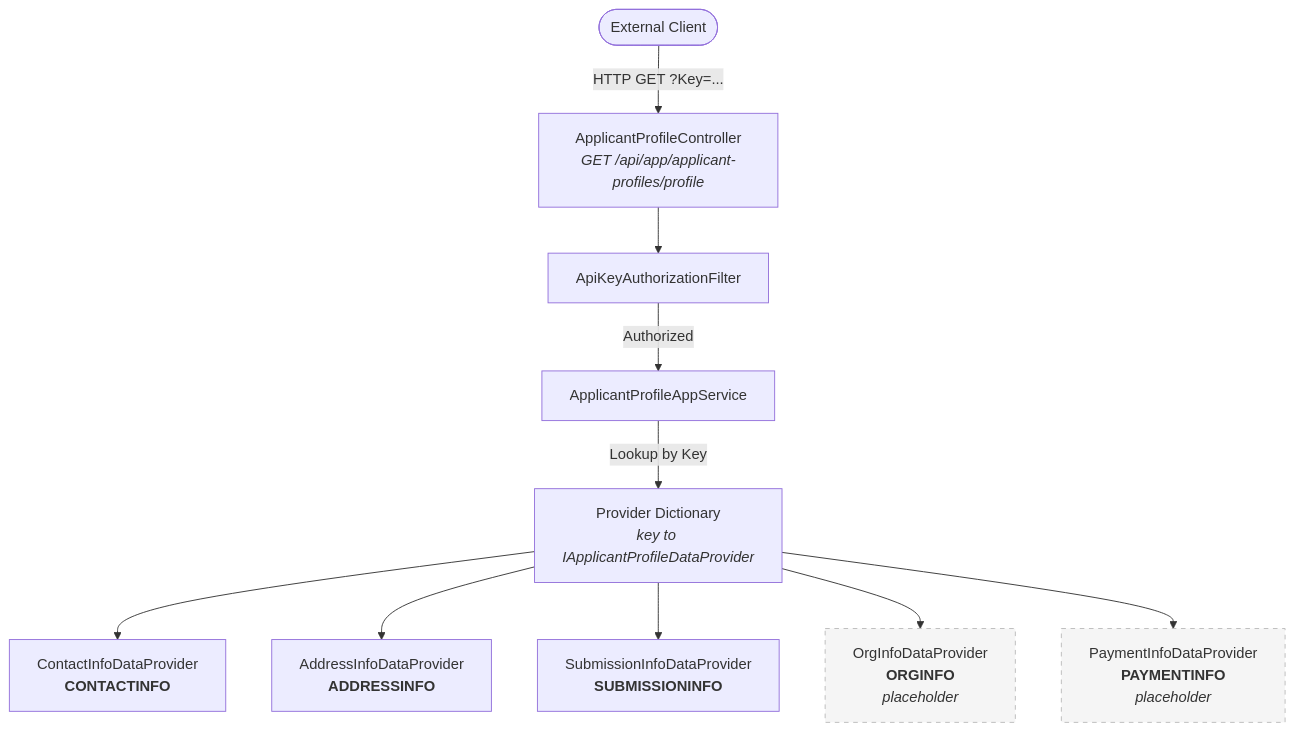
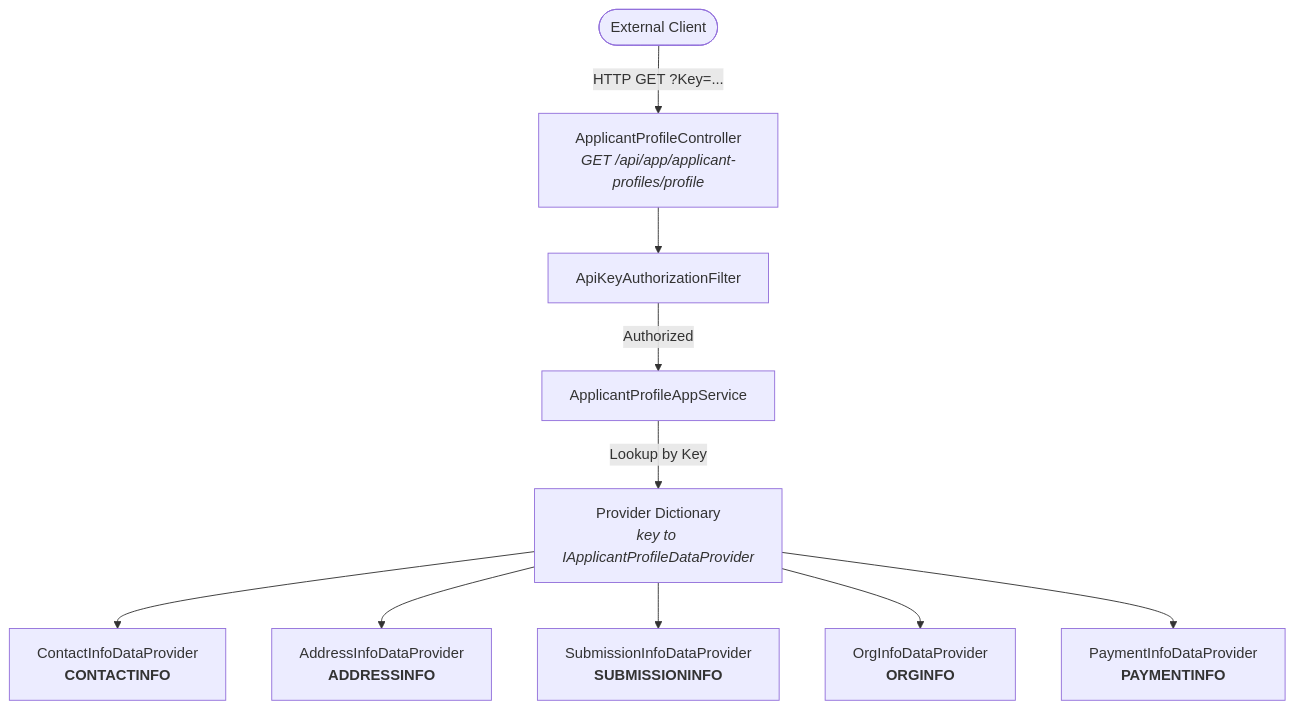
Before and after one commit to bcgov/Unity: the first of 8 diagrams in documentation/applicant-portal/applicant-profile-data-providers.md, drawn with Mermaid. The commit also changed other lines of this file and 8 other files, not shown here.

Commit message:
AB#28800 - portal payment info, and cleanup docs

````diff
--- a/documentation/applicant-portal/applicant-profile-data-providers.md
+++ b/documentation/applicant-portal/applicant-profile-data-providers.md
@@ -42,22 +42,19 @@
 ```mermaid
 graph TB
     Client([External Client])
     Controller["ApplicantProfileController<br/><i>GET /api/app/applicant-profiles/profile</i>"]
     Filter["ApiKeyAuthorizationFilter"]
     AppService["ApplicantProfileAppService"]
     ProviderDict["Provider Dictionary<br/><i>key to IApplicantProfileDataProvider</i>"]
 
     Client -->|"HTTP GET ?Key=..."| Controller
     Controller --> Filter
     Filter -->|Authorized| AppService
     AppService -->|"Lookup by Key"| ProviderDict
 
     ProviderDict --> ContactProvider["ContactInfoDataProvider<br/><b>CONTACTINFO</b>"]
     ProviderDict --> AddressProvider["AddressInfoDataProvider<br/><b>ADDRESSINFO</b>"]
     ProviderDict --> SubmissionProvider["SubmissionInfoDataProvider<br/><b>SUBMISSIONINFO</b>"]
-    ProviderDict --> OrgProvider["OrgInfoDataProvider<br/><b>ORGINFO</b><br/><i>placeholder</i>"]
-    ProviderDict --> PaymentProvider["PaymentInfoDataProvider<br/><b>PAYMENTINFO</b><br/><i>placeholder</i>"]
-
-    style OrgProvider fill:#f5f5f5,stroke:#bbb,stroke-dasharray:5
-    style PaymentProvider fill:#f5f5f5,stroke:#bbb,stroke-dasharray:5
+    ProviderDict --> OrgProvider["OrgInfoDataProvider<br/><b>ORGINFO</b>"]
+    ProviderDict --> PaymentProvider["PaymentInfoDataProvider<br/><b>PAYMENTINFO</b>"]
 ```
````
